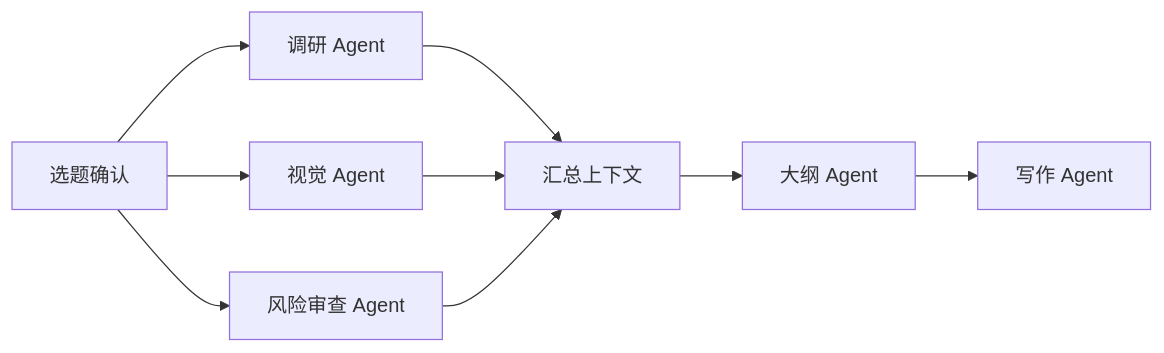
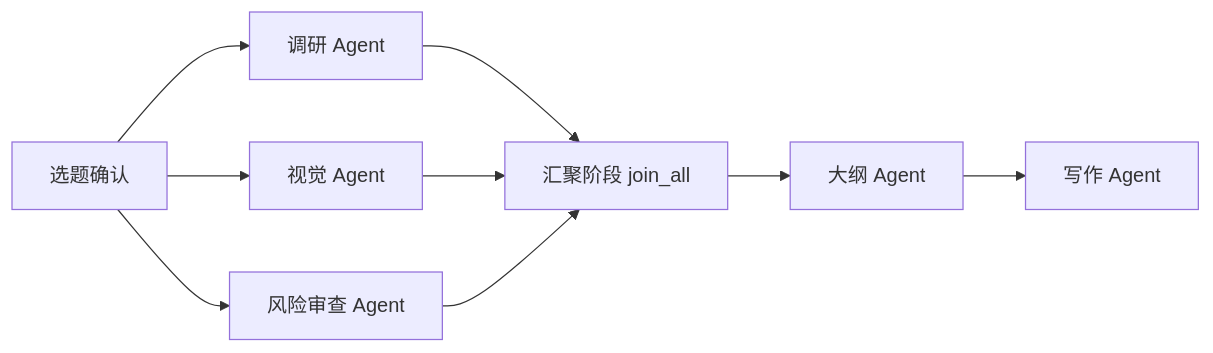
Before and after one commit to StanlySGY/Content-Factory: the seventh of 7 diagrams in docs/07-workflow/content-workflow.md, drawn with Mermaid. The commit also changed other lines of this file and 5 other files, not shown here.

````diff
--- a/docs/07-workflow/content-workflow.md
+++ b/docs/07-workflow/content-workflow.md
@@ -405,19 +440,19 @@
 ```mermaid
 flowchart LR
     Topic[选题确认]
     Research[调研 Agent]
     VisualIdea[视觉 Agent]
     RiskCheck[风险审查 Agent]
-    Merge[汇总上下文]
+    Join[汇聚阶段 join_all]
     Outline[大纲 Agent]
     Writing[写作 Agent]
 
     Topic --> Research
     Topic --> VisualIdea
     Topic --> RiskCheck
-    Research --> Merge
-    VisualIdea --> Merge
-    RiskCheck --> Merge
-    Merge --> Outline
+    Research --> Join
+    VisualIdea --> Join
+    RiskCheck --> Join
+    Join --> Outline
     Outline --> Writing
 ```
````
